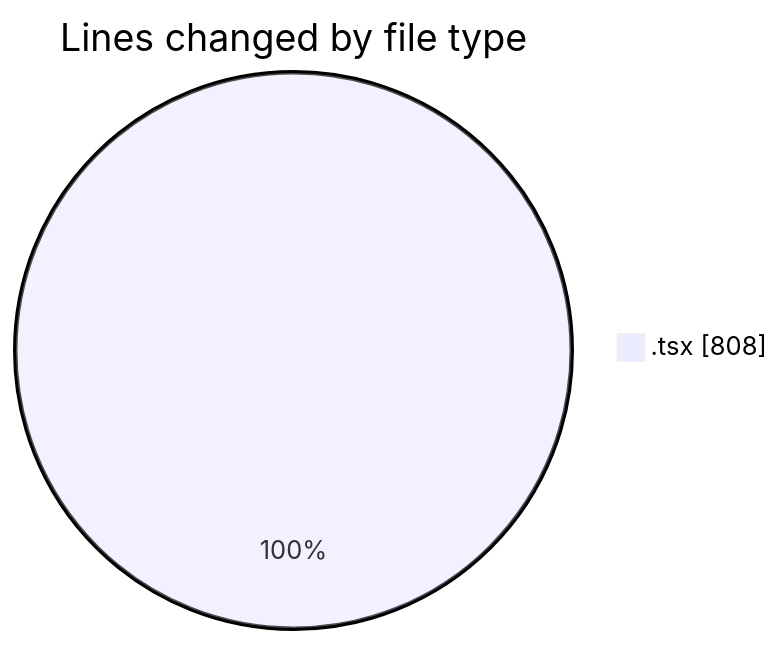
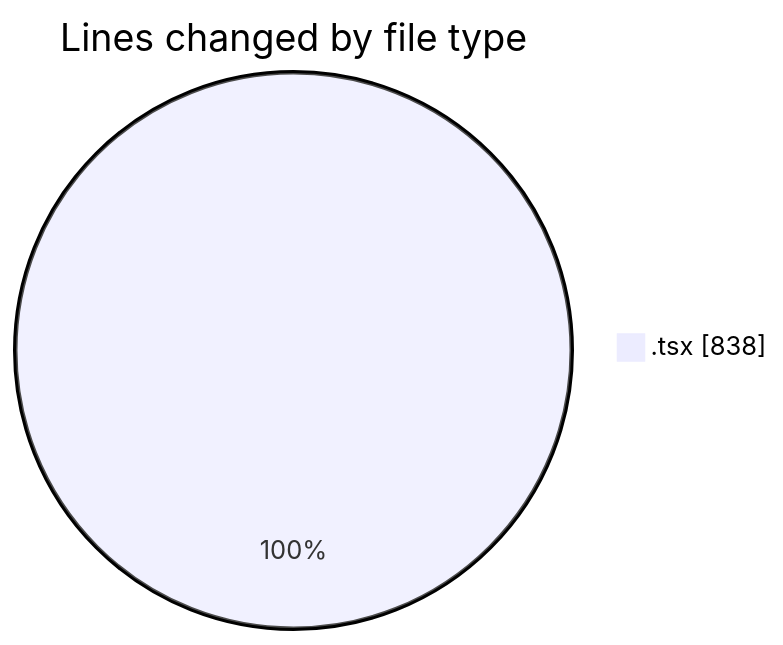
Before and after one commit to nxtqubesakshisongat/code-tracking: the first of 2 diagrams in 2026-05-19/nxtqube_webapp/README.md, drawn with Mermaid. The commit also changed other lines of this file and 1 other file, not shown here.

````diff
--- a/2026-05-19/nxtqube_webapp/README.md
+++ b/2026-05-19/nxtqube_webapp/README.md
@@ -24,5 +24,5 @@
 ```mermaid
 pie showData
 title Lines changed by file type
-".tsx" : 808
+".tsx" : 838
 ```
````
